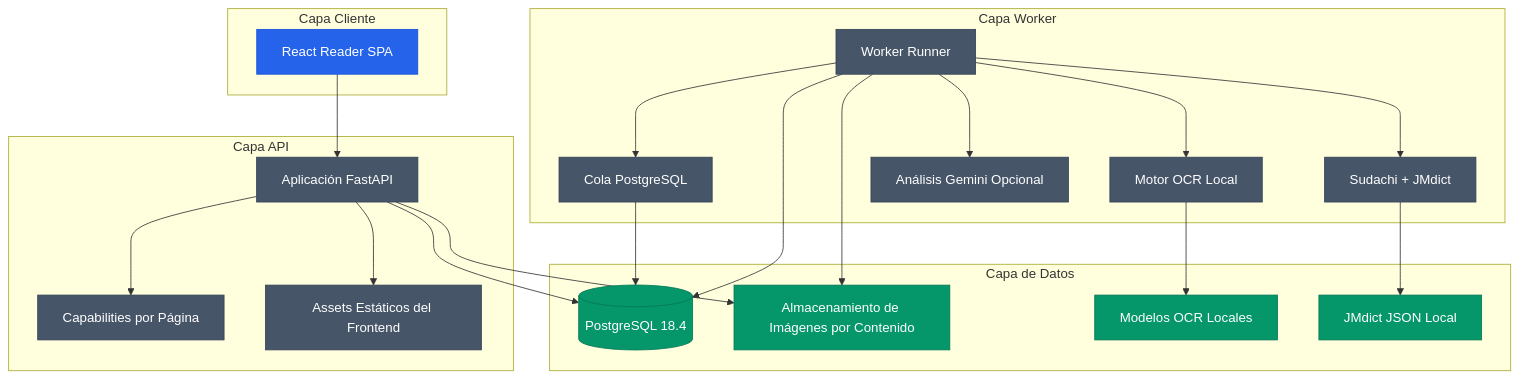
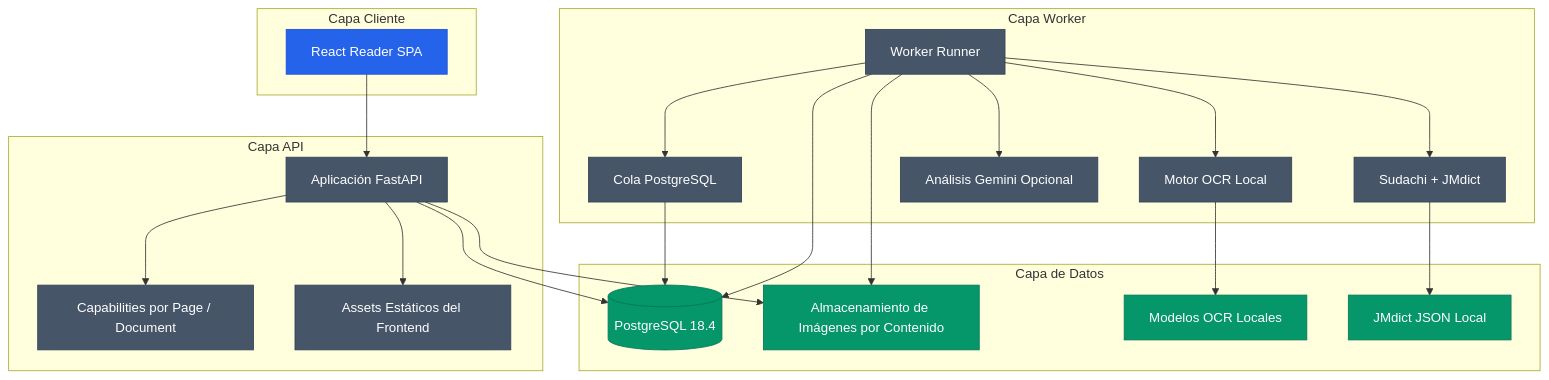
The diagram in README.es.md (Gyliardson/mangasensei), drawn with Mermaid before and after one commit. The commit also changed other lines of this file, not shown here.

````diff
--- a/README.es.md
+++ b/README.es.md
@@ -54,44 +56,44 @@
 ```mermaid
 flowchart TD
     subgraph Cliente["Capa Cliente"]
         Browser["React Reader SPA"]
     end
     subgraph API["Capa API"]
         FastAPI["Aplicación FastAPI"]
-        Capabilities["Capabilities por Página"]
+        Capabilities["Capabilities por Page / Document"]
         Static["Assets Estáticos del Frontend"]
     end
     subgraph Worker["Capa Worker"]
         Runner["Worker Runner"]
         Queue["Cola PostgreSQL"]
         OCR["Motor OCR Local"]
         Linguistics["Sudachi + JMdict"]
         Gemini["Análisis Gemini Opcional"]
     end
     subgraph Storage["Capa de Datos"]
         DB[("PostgreSQL 18.4")]
         Files["Almacenamiento de Imágenes por Contenido"]
         Models["Modelos OCR Locales"]
         Dictionary["JMdict JSON Local"]
     end
     Browser --> FastAPI
     FastAPI --> Capabilities
     FastAPI --> Static
     FastAPI --> DB
     FastAPI --> Files
     Queue --> DB
     Runner --> Queue
     Runner --> OCR
     Runner --> Linguistics
     Runner --> Gemini
     OCR --> Models
     Linguistics --> Dictionary
     Runner --> DB
     Runner --> Files
     classDef client fill:#2563eb,stroke:#1d4ed8,color:#ffffff;
     classDef service fill:#475569,stroke:#334155,color:#ffffff;
     classDef data fill:#059669,stroke:#047857,color:#ffffff;
     class Browser client;
     class FastAPI,Capabilities,Static,Runner,Queue,OCR,Linguistics,Gemini service;
     class DB,Files,Models,Dictionary data;
 ```
````
